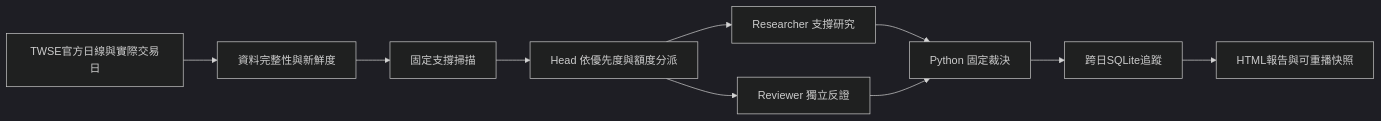
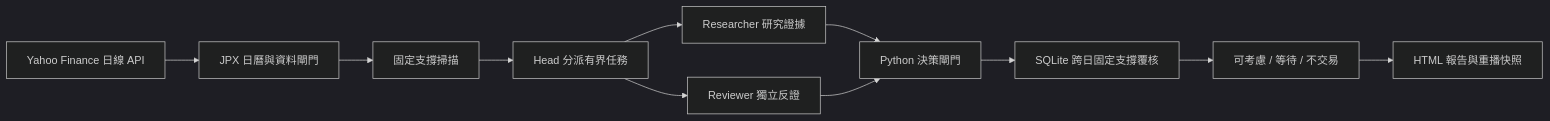
The diagram in README.md (konakona-0827/STOCKLLMVER2), drawn with Mermaid (dark theme) before and after one commit. The commit also changed other lines of this file and 25 other files, not shown here.

````diff
--- a/README.md
+++ b/README.md
@@ -7,12 +5,13 @@
 ```mermaid
 flowchart LR
-    A[TWSE官方日線與實際交易日] --> B[資料完整性與新鮮度]
-    B --> C[固定支撐掃描]
-    C --> H[Head 依優先度與額度分派]
-    H --> R[Researcher 支撐研究]
-    H --> V[Reviewer 獨立反證]
-    R --> G[Python 固定裁決]
-    V --> G
-    G --> L[跨日SQLite追蹤]
-    L --> O[HTML報告與可重播快照]
+    Y[Yahoo Finance 日線 API] --> D[JPX 日曆與資料閘門]
+    D --> S[固定支撐掃描]
+    S --> H[Head 分派有界任務]
+    H --> A[Researcher 研究證據]
+    H --> B[Reviewer 獨立反證]
+    A --> G[Python 決策閘門]
+    B --> G
+    G --> L[SQLite 跨日固定支撐覆核]
+    L --> R[可考慮 / 等待 / 不交易]
+    R --> O[HTML 報告與重播快照]
 ```
````
